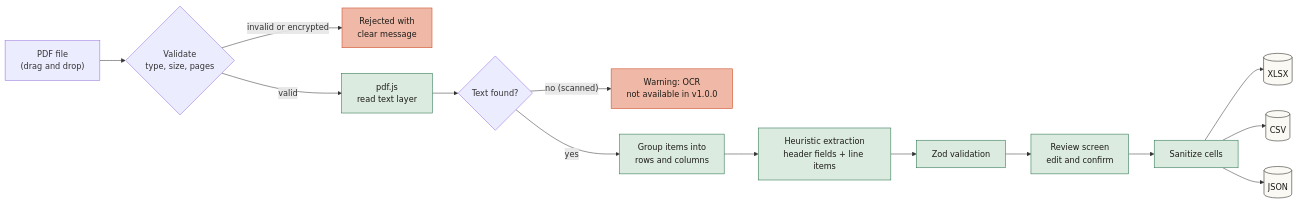
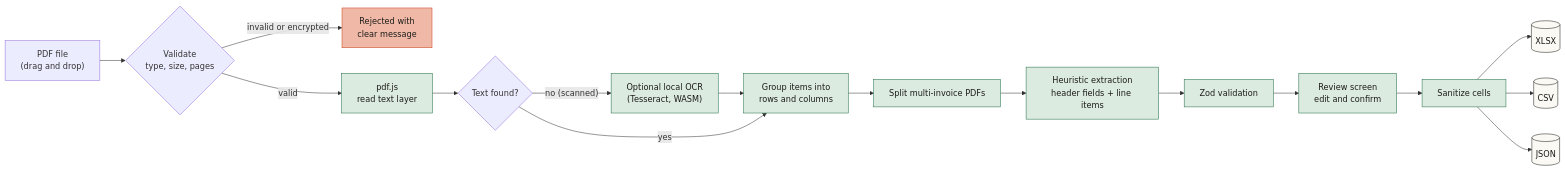
One commit to MANayab/DocuExtract changed the first of 7 diagrams in README.md. Above: the diagram before and after it, drawn with Mermaid. The commit also changed other lines of this file and 89 other files, not shown here.

Commit message:
feat: v1.1.0 batch dashboard, OCR, multi-invoice PDFs, GST columns, SEO

````diff
--- a/README.md
+++ b/README.md
@@ -68,23 +74,26 @@
 ```mermaid
 flowchart LR
     A["PDF file<br/>(drag and drop)"] --> B{"Validate<br/>type, size, pages"}
     B -- "invalid or encrypted" --> X["Rejected with<br/>clear message"]
     B -- "valid" --> C["pdf.js<br/>read text layer"]
     C --> D{"Text found?"}
-    D -- "no (scanned)" --> W["Warning: OCR<br/>not available in v1.0.0"]
+    D -- "no (scanned)" --> W["Optional local OCR<br/>(Tesseract, WASM)"]
+    W --> E
     D -- "yes" --> E["Group items into<br/>rows and columns"]
-    E --> F["Heuristic extraction<br/>header fields + line items"]
+    E --> S["Split multi-invoice PDFs"]
+    S --> F["Heuristic extraction<br/>header fields + line items"]
     F --> G["Zod validation"]
     G --> H["Review screen<br/>edit and confirm"]
     H --> I["Sanitize cells"]
     I --> J[("XLSX")]
     I --> K[("CSV")]
     I --> L[("JSON")]
 
     classDef ok fill:#DCEBDF,stroke:#1F6B45,color:#1C1B19;
     classDef bad fill:#F0B9A7,stroke:#C8431F,color:#1C1B19;
     classDef out fill:#FBF9F3,stroke:#1C1B19,color:#1C1B19;
-    class C,E,F,G,H,I ok;
-    class X,W bad;
+    class C,E,S,F,G,H,I ok;
+    class X bad;
+    class W ok;
     class J,K,L out;
 ```
````
